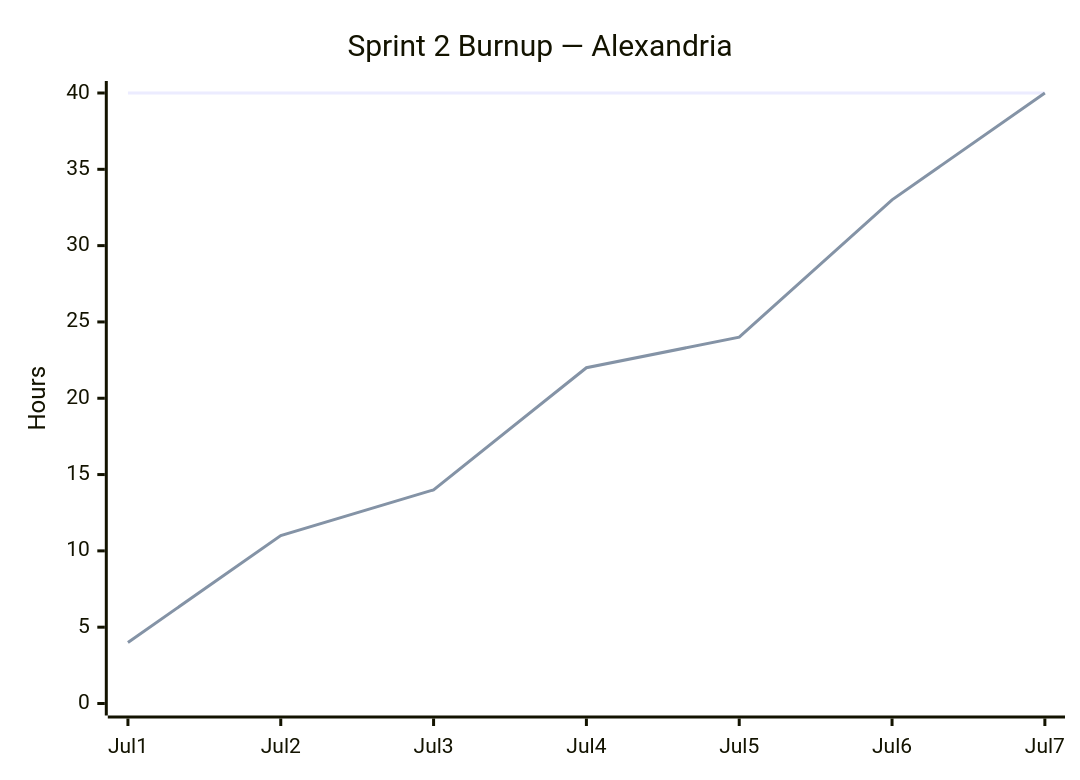
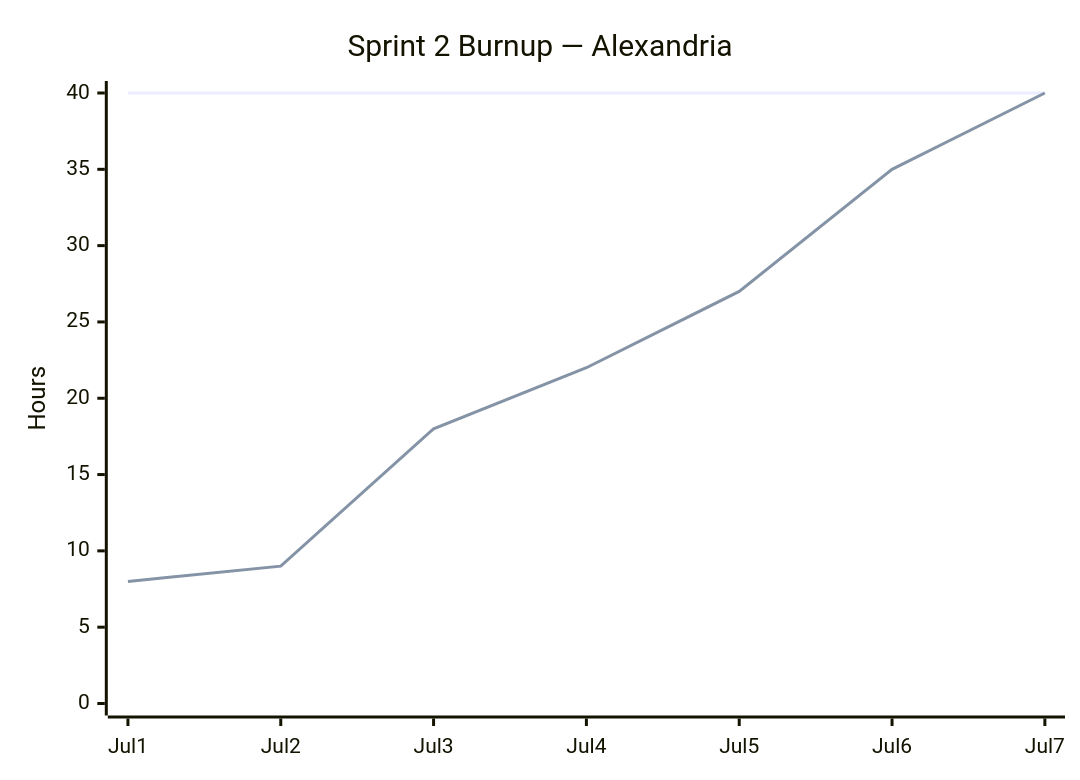
The diagram in docs/sprint-2-report.md (ucsc-cse115a-alexandria/alexandria), drawn with Mermaid before and after one commit. The commit also changed other lines of this file, not shown here.

````diff
--- a/docs/sprint-2-report.md
+++ b/docs/sprint-2-report.md
@@ -79,8 +79,8 @@
 ```mermaid
 xychart-beta
     title "Sprint 2 Burnup — Alexandria"
     x-axis [Jul1, Jul2, Jul3, Jul4, Jul5, Jul6, Jul7]
     y-axis "Hours" 0 --> 40
     line [40, 40, 40, 40, 40, 40, 40]
-    line [4, 11, 14, 22, 24, 33, 40]
+    line [8, 9, 18, 22, 27, 35, 40]
 ```
````
